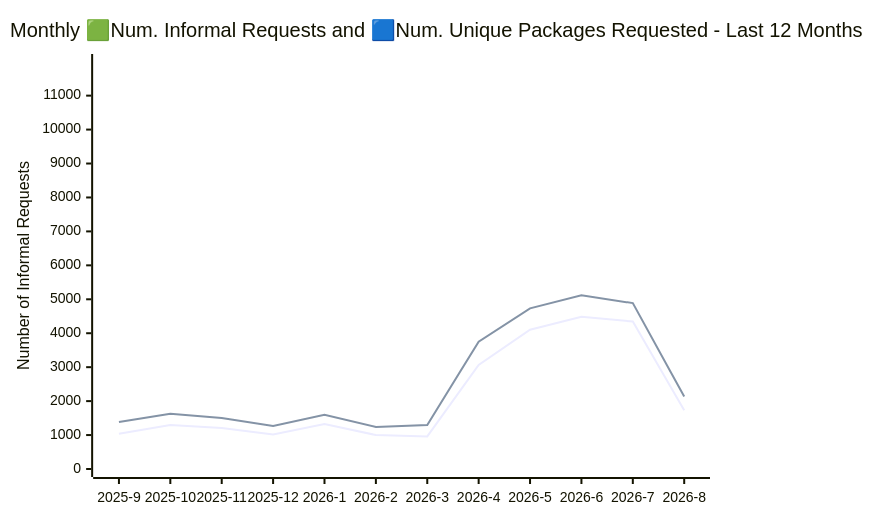
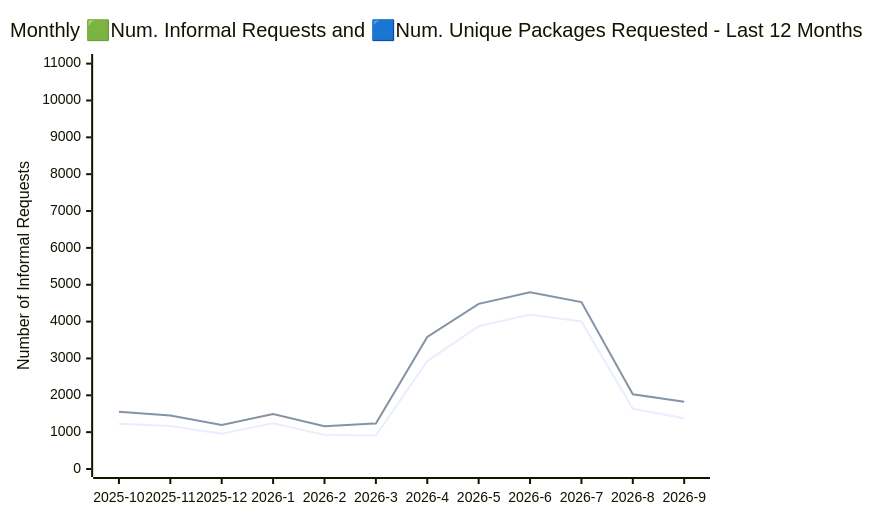
One commit to open-data/analytics-corporate-reporting changed the diagram in ATI_INFORMAL_REPORT/readme.md. Above: the diagram before and after it, drawn with Mermaid. The commit also changed other lines of this file and 5 other files, not shown here.

````diff
--- a/ATI_INFORMAL_REPORT/readme.md
+++ b/ATI_INFORMAL_REPORT/readme.md
@@ -17,11 +17,11 @@
 ```mermaid
 
 xychart-beta
     title "Monthly 🟩Num. Informal Requests and 🟦Num. Unique Packages Requested - Last 12 Months"
-    x-axis [2025-9, 2025-10, 2025-11, 2025-12, 2026-1, 2026-2, 2026-3, 2026-4, 2026-5, 2026-6, 2026-7, 2026-8]
-    y-axis "Unique Packages" 0 --> 9413
-    y-axis "Number of Informal Requests" 0 --> 11991
+    x-axis [2025-10, 2025-11, 2025-12, 2026-1, 2026-2, 2026-3, 2026-4, 2026-5, 2026-6, 2026-7, 2026-8, 2026-9]
+    y-axis "Unique Packages" 0 --> 8839
+    y-axis "Number of Informal Requests" 0 --> 11044
 
-    line [1039, 1293, 1210, 1019, 1324, 1001, 960, 3067, 4102, 4485, 4344, 1730]
-    line [1385, 1628, 1501, 1267, 1594, 1241, 1298, 3753, 4733, 5115, 4887, 2133]
+    line [1226, 1165, 954, 1243, 926, 907, 2928, 3875, 4193, 4005, 1634, 1379]
+    line [1551, 1451, 1195, 1494, 1163, 1234, 3581, 4480, 4798, 4531, 2026, 1826]
 ```
````
